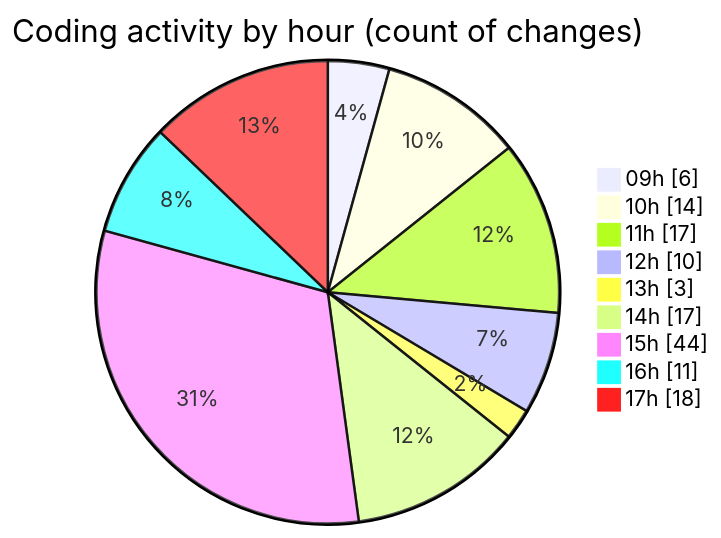
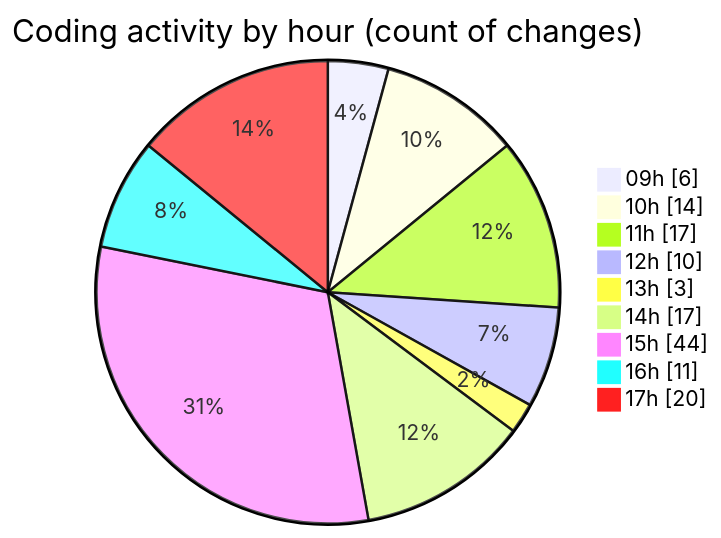
Before and after one commit to momahboobian/code-tracking: the second of 2 diagrams in 2026-02-11/cda/README.md, drawn with Mermaid. The commit also changed other lines of this file and 1 other file, not shown here.

````diff
--- a/2026-02-11/cda/README.md
+++ b/2026-02-11/cda/README.md
@@ -37,13 +38,13 @@
 ```mermaid
 pie showData
 title Coding activity by hour (count of changes)
 "09h" : 6
 "10h" : 14
 "11h" : 17
 "12h" : 10
 "13h" : 3
 "14h" : 17
 "15h" : 44
 "16h" : 11
-"17h" : 18
+"17h" : 20
 ```
````
